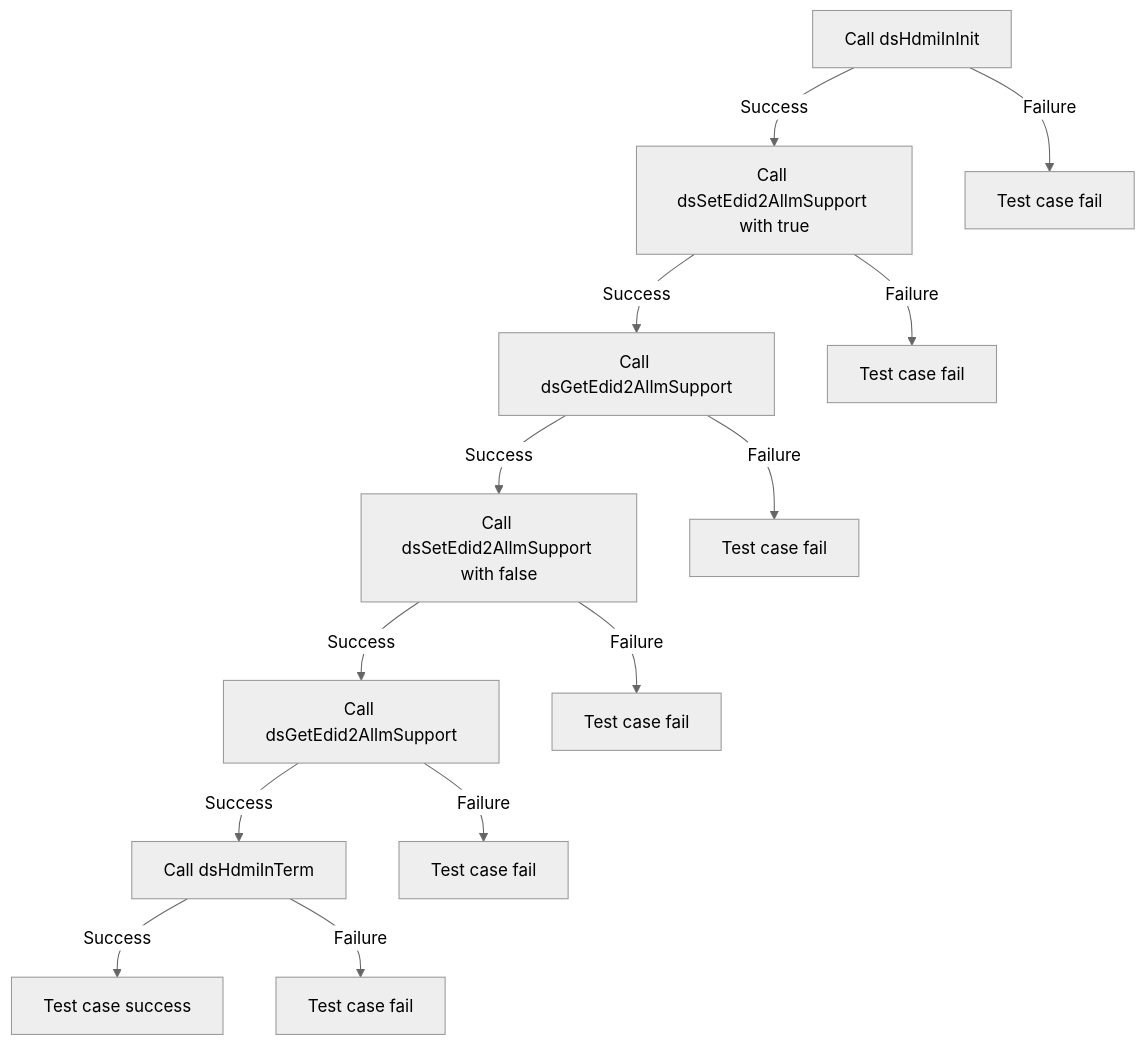
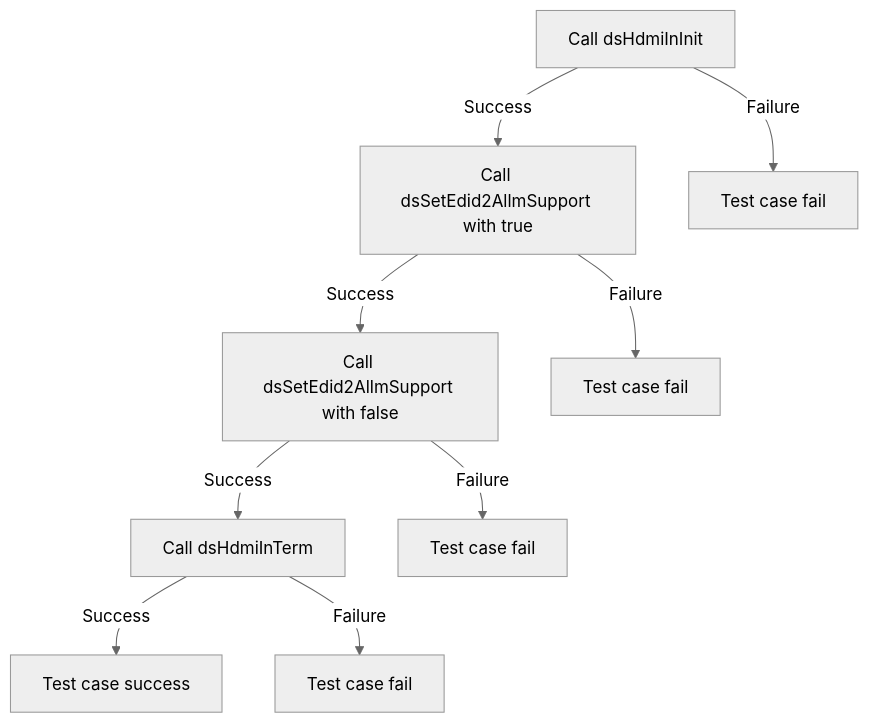
One commit to rdkcentral/rdk-halif-test-device_settings changed the seventh of 7 diagrams in docs/pages/ds-hdmi-in-L2-Low-Level_TestSpec.md. Above: the diagram before and after it, drawn with Mermaid (neutral theme). The commit also changed other lines of this file, not shown here.

Commit message:
gh #138 Update ds-hdmi-in-L2-Low-Level_TestSpec.md

````diff
--- a/docs/pages/ds-hdmi-in-L2-Low-Level_TestSpec.md
+++ b/docs/pages/ds-hdmi-in-L2-Low-Level_TestSpec.md
@@ -321,15 +319,11 @@
 ```mermaid
 graph TB
 A[Call dsHdmiInInit] -->|Success| B[Call dsSetEdid2AllmSupport with true]
 A -->|Failure| A1[Test case fail]
-B -->|Success| C[Call dsGetEdid2AllmSupport]
+B -->|Success| C[Call dsSetEdid2AllmSupport with false]
 B -->|Failure| B1[Test case fail]
-C -->|Success| D[Call dsSetEdid2AllmSupport with false]
+C -->|Success| D[Call dsHdmiInTerm]
 C -->|Failure| C1[Test case fail]
-D -->|Success| E[Call dsGetEdid2AllmSupport]
+D -->|Success| E[Test case success]
 D -->|Failure| D1[Test case fail]
-E -->|Success| F[Call dsHdmiInTerm]
-E -->|Failure| E1[Test case fail]
-F -->|Success| G[Test case success]
-F -->|Failure| F1[Test case fail]
 ```
````
